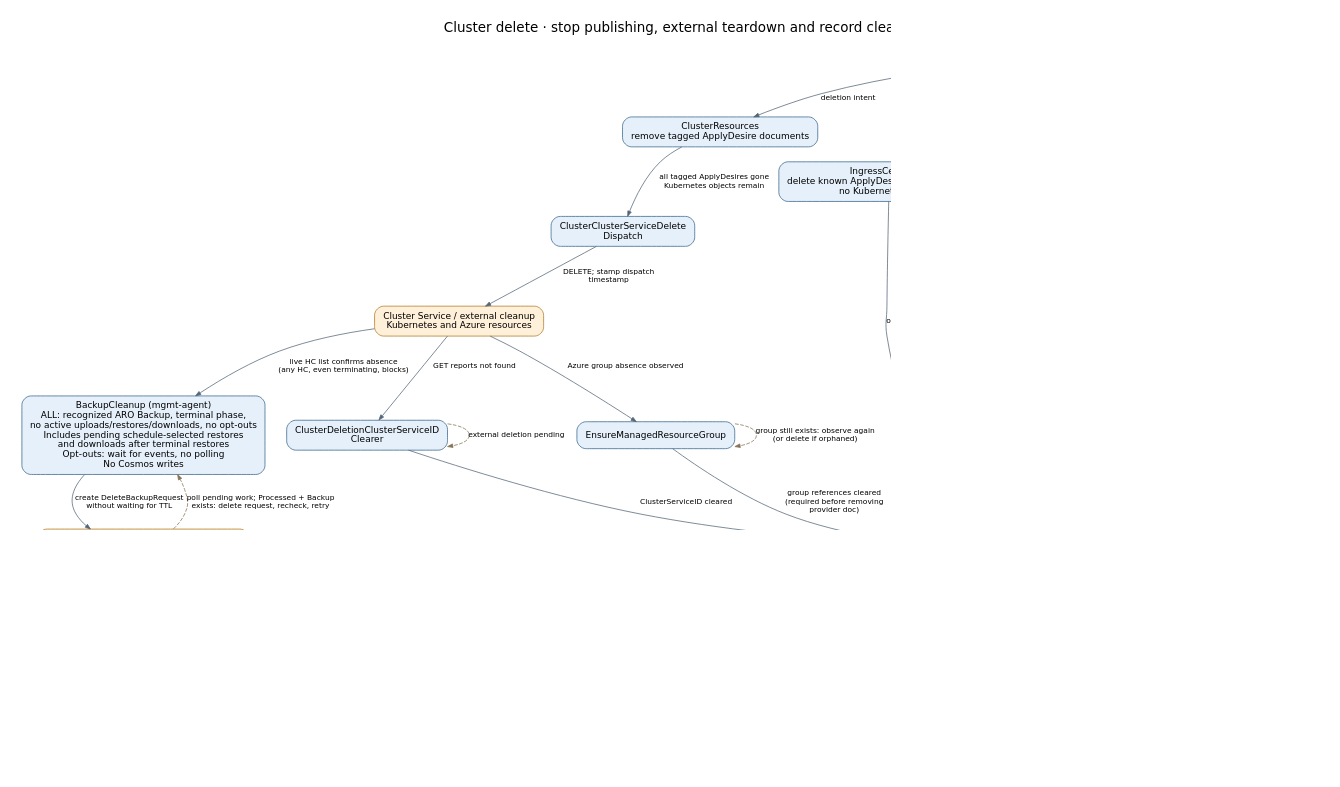
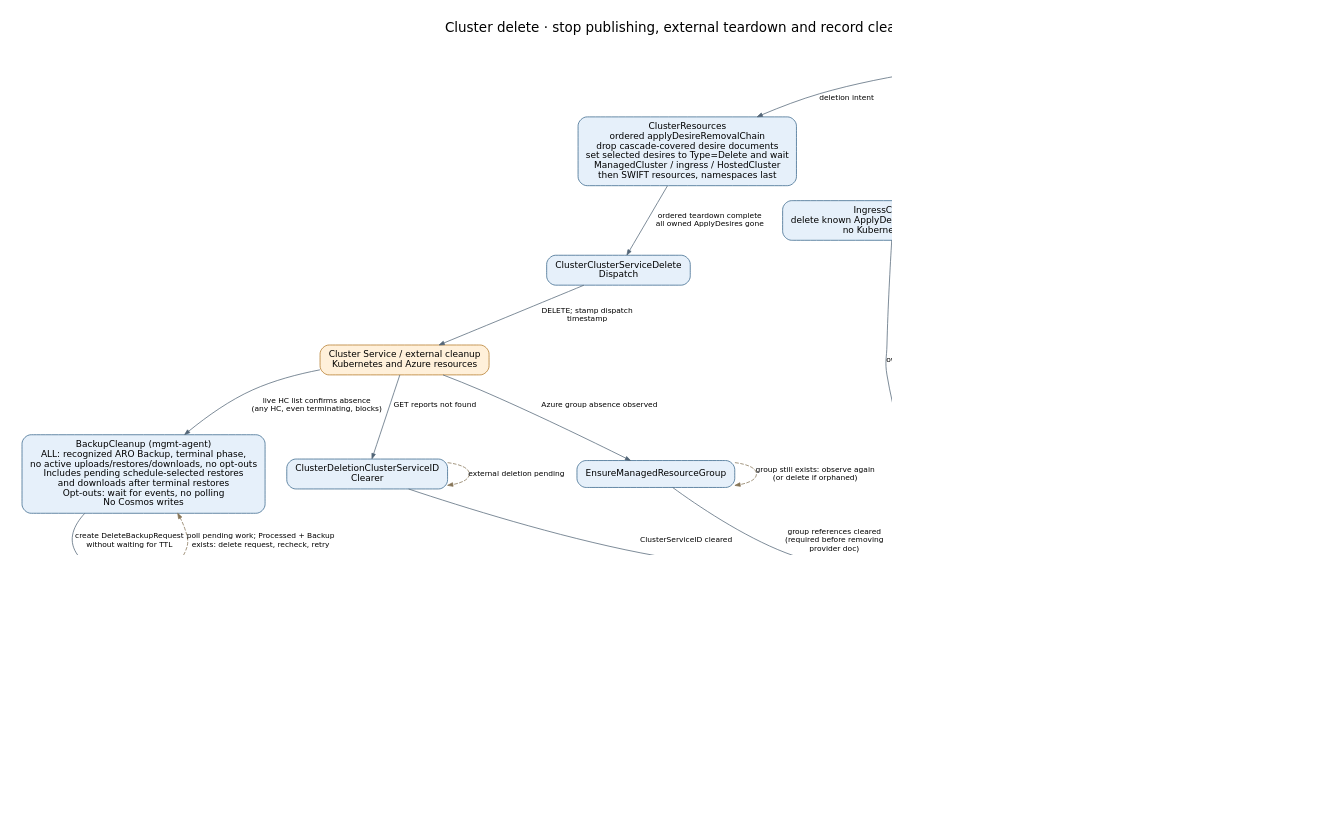
Before and after one commit to Azure/ARO-HCP: the diagram in docs/diagrams/controller-flows/cluster-delete.dot, drawn with Graphviz. The commit also changed 28 other files, not shown here.

```diff
--- a/docs/diagrams/controller-flows/cluster-delete.dot
+++ b/docs/diagrams/controller-flows/cluster-delete.dot
@@ -1,49 +1,49 @@
 digraph cluster_delete {
   graph [rankdir=TB, bgcolor="white", pad="0.3", nodesep="0.4", ranksep="0.55", fontname="DejaVu Sans", fontsize=18, labelloc=t, label="Cluster delete · stop publishing, external teardown and record cleanup", dpi=110];
   node [shape=box, style="rounded,filled", fillcolor="#e6f0fa", color="#35648a", fontname="DejaVu Sans", fontsize=12, margin="0.16,0.10"];
   edge [color="#536577", fontname="DejaVu Sans", fontsize=10, arrowsize=0.7];
   delete [label="Frontend DELETE cluster\ndeletion timestamp + Delete Operation\nchild node-pool / external-auth deletes", fillcolor="#eee7fb", color="#7b59a4"];
-  resources [label="ClusterResources\nremove tagged ApplyDesire documents", fillcolor="#e6f0fa", color="#35648a"];
+  resources [label="ClusterResources\nordered applyDesireRemovalChain\ndrop cascade-covered desire documents\nset selected desires to Type=Delete and wait\nManagedCluster / ingress / HostedCluster\nthen SWIFT resources, namespaces last", fillcolor="#e6f0fa", color="#35648a"];
   ingress [label="IngressCertificate\ndelete known ApplyDesire/ReadDesire names\nno Kubernetes deletes", fillcolor="#e6f0fa", color="#35648a"];
   dispatch [label="ClusterClusterServiceDelete\nDispatch", fillcolor="#e6f0fa", color="#35648a"];
   cs [label="Cluster Service / external cleanup\nKubernetes and Azure resources", fillcolor="#fff0da", color="#b27624"];
   clear [label="ClusterDeletionClusterServiceID\nClearer", fillcolor="#e6f0fa", color="#35648a"];
   marker [label="ClusterCredentialDeletionMarker\nController", fillcolor="#e6f0fa", color="#35648a"];
   credentials [label="Credential request / revocation\ndeletion controllers", fillcolor="#e6f0fa", color="#35648a"];
   children [label="Node-pool and external-auth\ndeletion flows complete", fillcolor="#e4f2e5", color="#4c8053"];
   group [label="EnsureManagedResourceGroup", fillcolor="#e6f0fa", color="#35648a"];
   certificates [label="TLSCertificates\nclear KAS + ingress references\nno Key Vault mutations", fillcolor="#e6f0fa", color="#35648a"];
   cleanup [label="ClusterChildResourcesCleanup\nController", fillcolor="#e6f0fa", color="#35648a"];
   final [label="ClusterDeletionController", fillcolor="#e6f0fa", color="#35648a"];
   op [label="OperationClusterDelete", fillcolor="#e6f0fa", color="#35648a"];
   done [label="ARM Delete Operation Succeeded", fillcolor="#e4f2e5", color="#4c8053"];
   backups [label="BackupCleanup (mgmt-agent)\nALL: recognized ARO Backup, terminal phase,\nno active uploads/restores/downloads, no opt-outs\nIncludes pending schedule-selected restores\nand downloads after terminal restores\nOpt-outs: wait for events, no polling\nNo Cosmos writes", fillcolor="#e6f0fa", color="#35648a"];
   velero [label="Velero (external)\nprocess DeleteBackupRequest\ndelete Backup and associated backup data", fillcolor="#fff0da", color="#b27624"];
   retained [label="Backup absent: stop reconciling\nBackupRepositories retained for Kopia maintenance\nNot proof of repository GC; not an ARM gate", fillcolor="#e4f2e5", color="#4c8053"];
   delete -> resources [label="deletion intent"];
-  resources -> dispatch [label="all tagged ApplyDesires gone\nKubernetes objects remain"];
+  resources -> dispatch [label="ordered teardown complete\nall owned ApplyDesires gone"];
   delete -> ingress [label="deletion intent"];
   delete -> certificates [label="deletion intent"];
   certificates -> cleanup [label="all certificate references empty"];
   certificates -> final [label="live reference-clear gate"];
   ingress -> cleanup [label="owned ApplyDesires removed"];
   dispatch -> cs [label="DELETE; stamp dispatch\ntimestamp"];
   cs -> clear [label="GET reports not found"];
   cs -> backups [label="live HC list confirms absence\n(any HC, even terminating, blocks)"];
   backups -> velero [label="create DeleteBackupRequest\nwithout waiting for TTL"];
   velero -> backups [label="poll pending work; Processed + Backup\nexists: delete request, recheck, retry", style=dashed, color="#857456"];
   velero -> retained [label="live Backup GET: NotFound"];
   delete -> marker [label="mark credential children"];
   marker -> credentials [label="Status.DeletionTimestamp"];
   delete -> children [label="child delete operations"];
   cs -> group [label="Azure group absence observed"];
   clear -> cleanup [label="ClusterServiceID cleared"];
   credentials -> cleanup [label="all credential documents gone"];
   children -> cleanup [label="all node pools / external auth\ngone"];
   group -> cleanup [label="group references cleared\n(required before removing\nprovider doc)"];
   cleanup -> final [label="nested resources and intents\ngone"];
   final -> op [label="billing DeletionTime; cluster\ndoc deleted"];
   op -> done [label="document absence observed"];
   clear -> clear [label="external deletion pending", style=dashed, color="#857456", constraint=false];
   group -> group [label="group still exists: observe again\n(or delete if orphaned)", style=dashed, color="#857456", constraint=false];
 }
```
